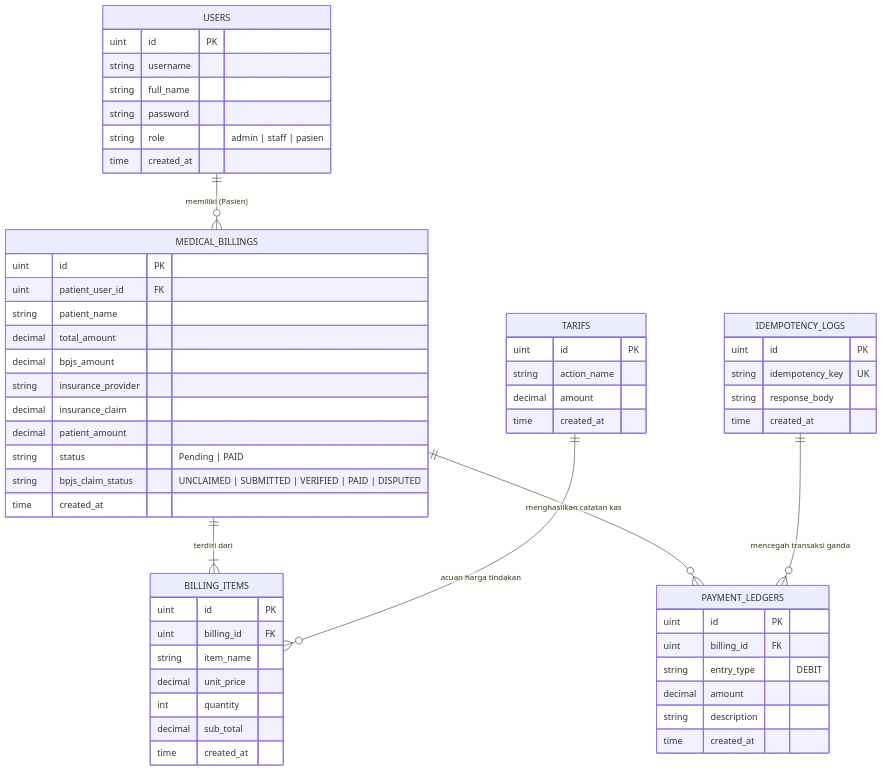
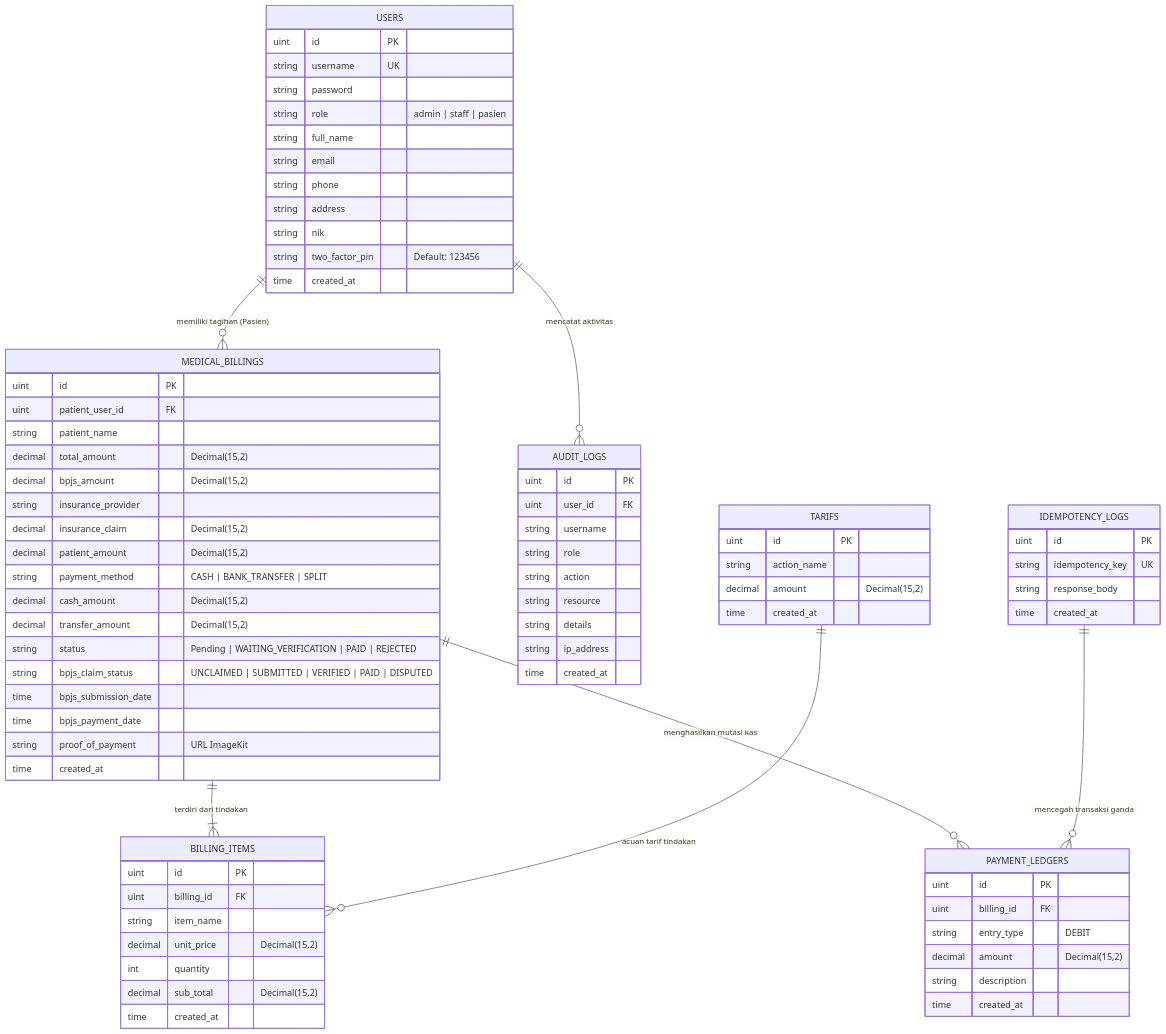
The first of 3 diagrams in server/README.md (Lesmana24/SIMRS-Billings), drawn with Mermaid before and after one commit. The commit also changed other lines of this file and 1 other file, not shown here.

````diff
--- a/server/README.md
+++ b/server/README.md
@@ -102,24 +127,30 @@
 ```mermaid
 erDiagram
-    USERS ||--o{ MEDICAL_BILLINGS : "memiliki (Pasien)"
-    MEDICAL_BILLINGS ||--|{ BILLING_ITEMS : "terdiri dari"
-    MEDICAL_BILLINGS ||--o{ PAYMENT_LEDGERS : "menghasilkan catatan kas"
-    TARIFS ||--o{ BILLING_ITEMS : "acuan harga tindakan"
+    USERS ||--o{ MEDICAL_BILLINGS : "memiliki tagihan (Pasien)"
+    USERS ||--o{ AUDIT_LOGS : "mencatat aktivitas"
+    MEDICAL_BILLINGS ||--|{ BILLING_ITEMS : "terdiri dari tindakan"
+    MEDICAL_BILLINGS ||--o{ PAYMENT_LEDGERS : "menghasilkan mutasi kas"
+    TARIFS ||--o{ BILLING_ITEMS : "acuan tarif tindakan"
     IDEMPOTENCY_LOGS ||--o{ PAYMENT_LEDGERS : "mencegah transaksi ganda"
 
     USERS {
         uint id PK
-        string username
-        string full_name
+        string username UK
         string password
         string role "admin | staff | pasien"
+        string full_name
+        string email
+        string phone
+        string address
+        string nik
+        string two_factor_pin "Default: 123456"
         time created_at
     }
 
     TARIFS {
         uint id PK
         string action_name
-        decimal amount
+        decimal amount "Decimal(15,2)"
         time created_at
     }
 
@@ -127,13 +158,19 @@
         uint id PK
         uint patient_user_id FK
         string patient_name
-        decimal total_amount
-        decimal bpjs_amount
+        decimal total_amount "Decimal(15,2)"
+        decimal bpjs_amount "Decimal(15,2)"
         string insurance_provider
-        decimal insurance_claim
-        decimal patient_amount
-        string status "Pending | PAID"
+        decimal insurance_claim "Decimal(15,2)"
+        decimal patient_amount "Decimal(15,2)"
+        string payment_method "CASH | BANK_TRANSFER | SPLIT"
+        decimal cash_amount "Decimal(15,2)"
+        decimal transfer_amount "Decimal(15,2)"
+        string status "Pending | WAITING_VERIFICATION | PAID | REJECTED"
         string bpjs_claim_status "UNCLAIMED | SUBMITTED | VERIFIED | PAID | DISPUTED"
+        time bpjs_submission_date
+        time bpjs_payment_date
+        string proof_of_payment "URL ImageKit"
         time created_at
     }
 
@@ -141,9 +178,9 @@
         uint id PK
         uint billing_id FK
         string item_name
-        decimal unit_price
+        decimal unit_price "Decimal(15,2)"
         int quantity
-        decimal sub_total
+        decimal sub_total "Decimal(15,2)"
         time created_at
     }
 
@@ -151,7 +188,7 @@
         uint id PK
         uint billing_id FK
         string entry_type "DEBIT"
-        decimal amount
+        decimal amount "Decimal(15,2)"
         string description
         time created_at
     }
@@ -162,4 +199,16 @@
         string response_body
         time created_at
     }
+
+    AUDIT_LOGS {
+        uint id PK
+        uint user_id FK
+        string username
+        string role
+        string action
+        string resource
+        string details
+        string ip_address
+        time created_at
+    }
 ```
````
